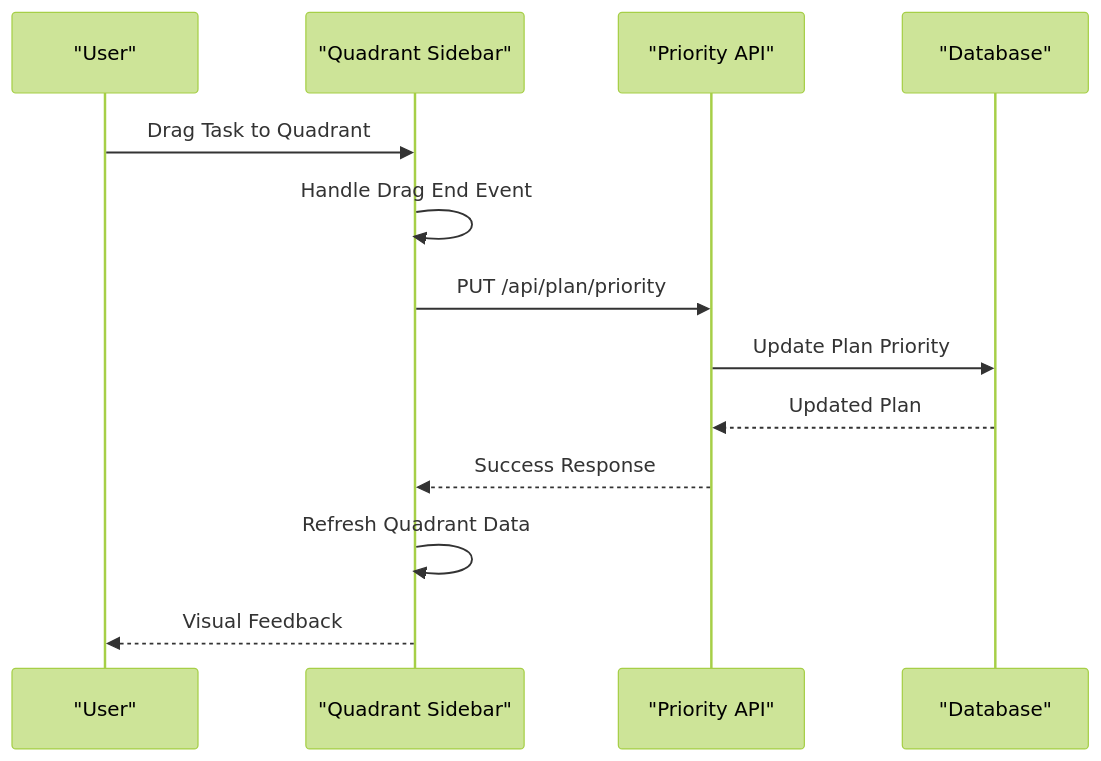
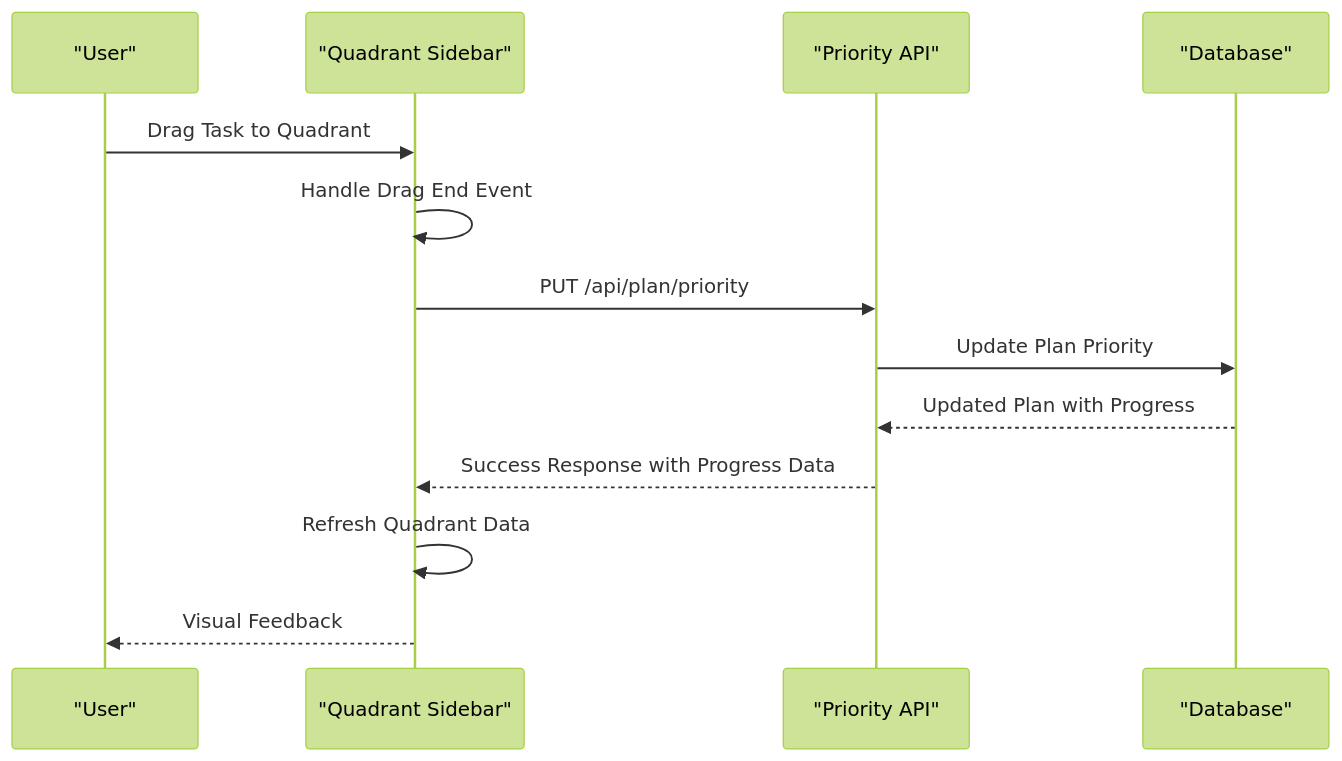
The sixth of 8 diagrams in .qoder/repowiki/en/content/API Reference/Enhanced Plan Management Endpoints.md (peixuanhu/goal-mate), drawn with Mermaid (forest theme) before and after one commit. The commit also changed other lines of this file and 5 other files, not shown here.

````diff
--- a/.qoder/repowiki/en/content/API Reference/Enhanced Plan Management Endpoints.md
+++ b/.qoder/repowiki/en/content/API Reference/Enhanced Plan Management Endpoints.md
@@ -318,15 +359,15 @@
 ```mermaid
 sequenceDiagram
 participant User as "User"
 participant Sidebar as "Quadrant Sidebar"
 participant API as "Priority API"
 participant DB as "Database"
 User->>Sidebar : Drag Task to Quadrant
 Sidebar->>Sidebar : Handle Drag End Event
 Sidebar->>API : PUT /api/plan/priority
 API->>DB : Update Plan Priority
-DB-->>API : Updated Plan
-API-->>Sidebar : Success Response
+DB-->>API : Updated Plan with Progress
+API-->>Sidebar : Success Response with Progress Data
 Sidebar->>Sidebar : Refresh Quadrant Data
 Sidebar-->>User : Visual Feedback
 ```
````
